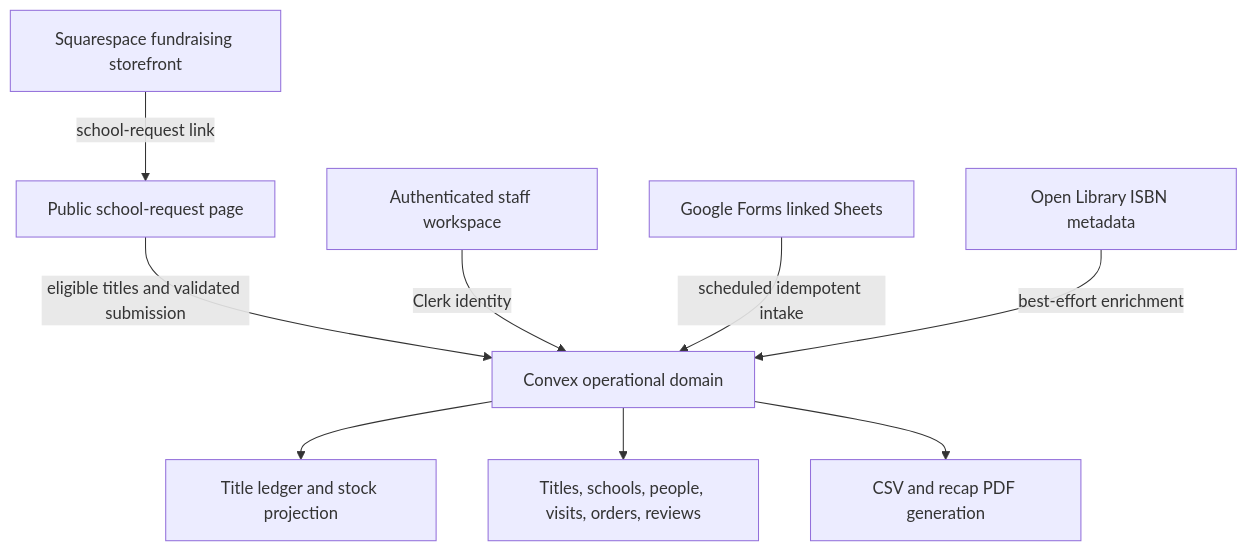
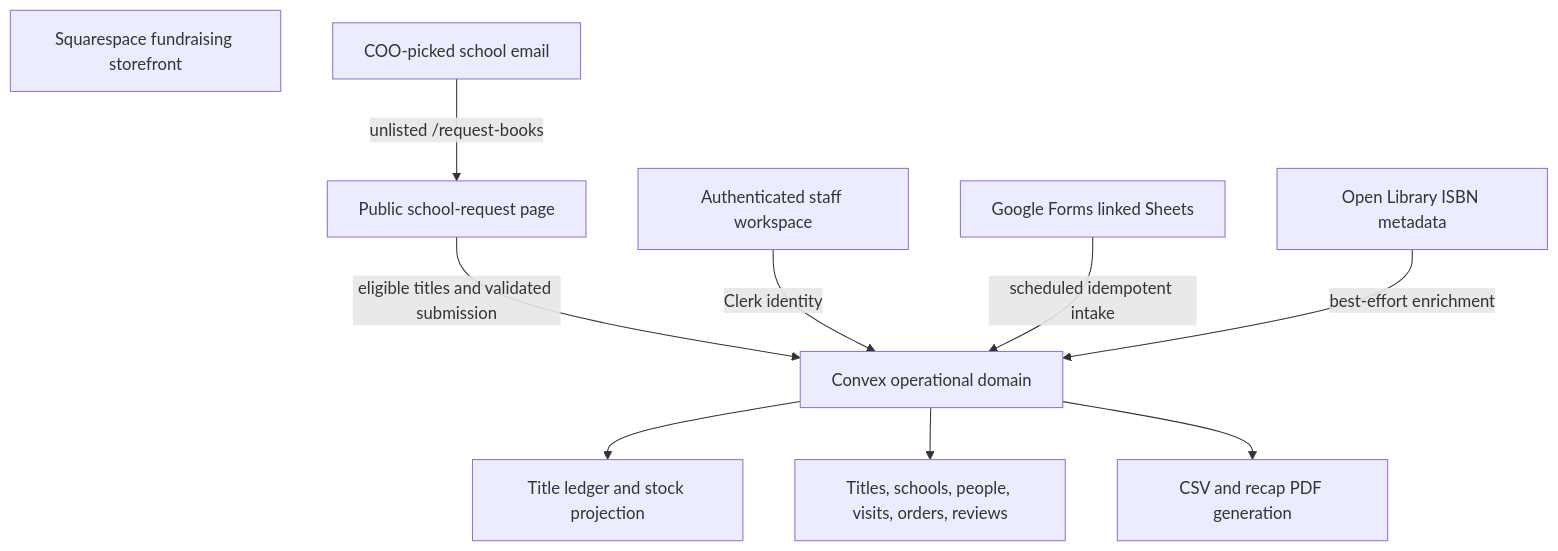
One commit to Arrthurr/combinotion changed the first of 2 diagrams in docs/plans/2026-07-16-001-feat-joy-for-books-book-operations-plan.md. Above: the diagram before and after it, drawn with Mermaid. The commit also changed other lines of this file and 9 other files, not shown here.

First line of the commit message:
Unlist school-visit reservations; keep Squarespace on /freebooks.

````diff
--- a/docs/plans/2026-07-16-001-feat-joy-for-books-book-operations-plan.md
+++ b/docs/plans/2026-07-16-001-feat-joy-for-books-book-operations-plan.md
@@ -245,11 +245,12 @@
 ```mermaid
 flowchart TB
-  Square[Squarespace fundraising storefront] -->|school-request link| Public[Public school-request page]
+  Square[Squarespace fundraising storefront]
+  Email[COO-picked school email] -->|unlisted /request-books| Public[Public school-request page]
   Public -->|eligible titles and validated submission| Convex[Convex operational domain]
   Staff[Authenticated staff workspace] -->|Clerk identity| Convex
   Convex --> Ledger[Title ledger and stock projection]
   Convex --> Records[Titles, schools, people, visits, orders, reviews]
   Sheets[Google Forms linked Sheets] -->|scheduled idempotent intake| Convex
   ISBN[Open Library ISBN metadata] -->|best-effort enrichment| Convex
   Convex --> Reports[CSV and recap PDF generation]
 ```
````
